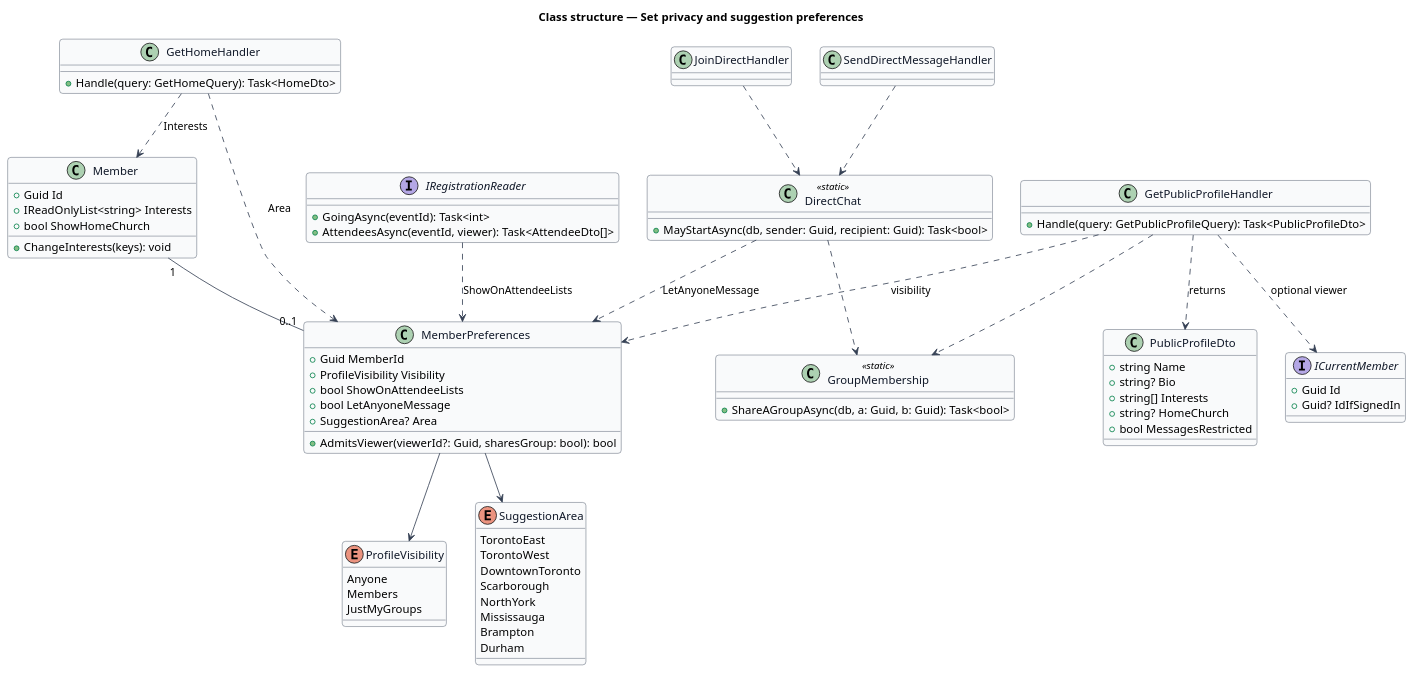
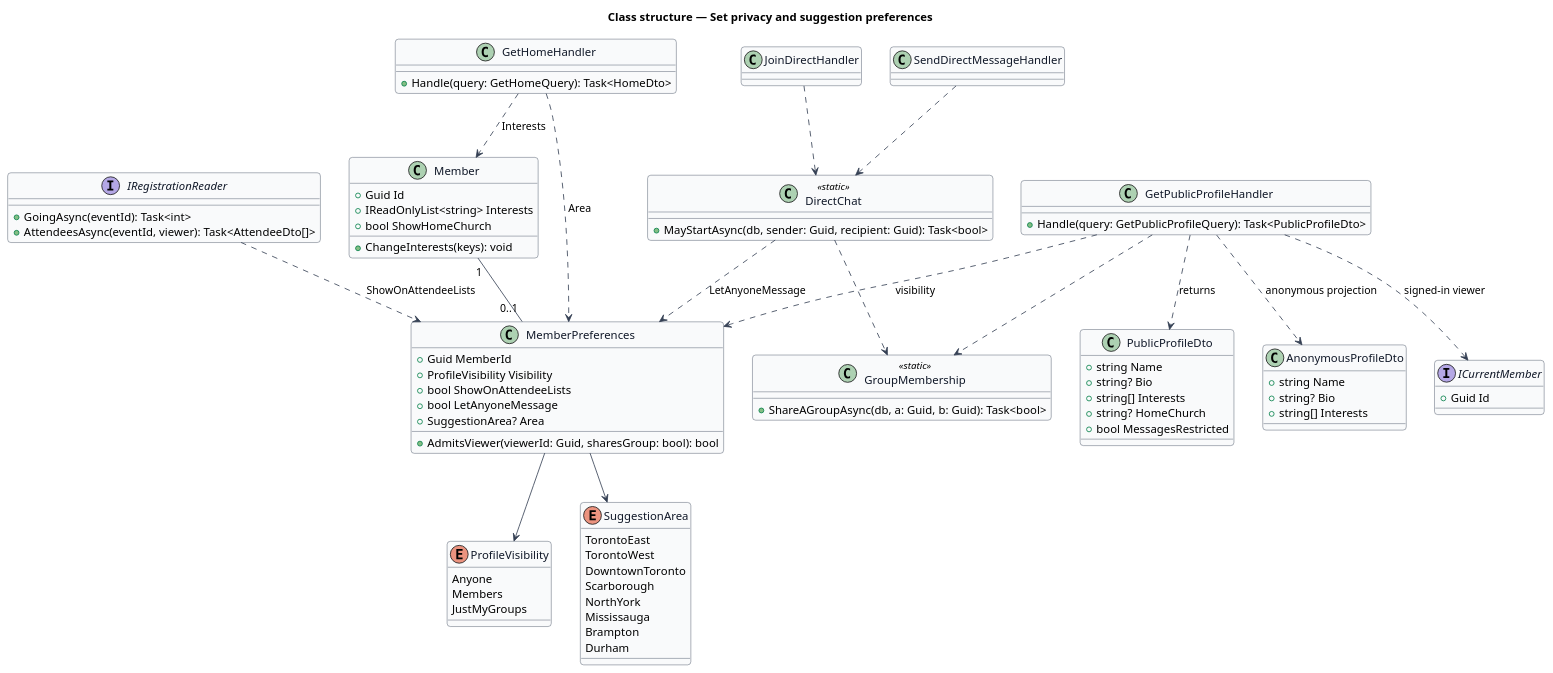
The diagram in docs/detailed-designs/preferences/set-privacy-and-suggestion-preferences/diagrams/class.puml (QuinntyneBrown/christian-fitness), drawn with PlantUML before and after one commit. The commit also changed 45 other files, not shown here.

```diff
--- a/docs/detailed-designs/preferences/set-privacy-and-suggestion-preferences/diagrams/class.puml
+++ b/docs/detailed-designs/preferences/set-privacy-and-suggestion-preferences/diagrams/class.puml
@@ -1,86 +1,91 @@
 @startuml
 skinparam backgroundColor #FFFFFF
 skinparam shadowing false
 skinparam roundcorner 8
 skinparam defaultFontName Arial
 skinparam ArrowColor #344054
 skinparam class {
   BorderColor #344054
   FontColor #101828
   BackgroundColor #F9FAFB
 }
 title Class structure — Set privacy and suggestion preferences
 
 enum ProfileVisibility {
   Anyone
   Members
   JustMyGroups
 }
 enum SuggestionArea {
   TorontoEast
   TorontoWest
   DowntownToronto
   Scarborough
   NorthYork
   Mississauga
   Brampton
   Durham
 }
 class MemberPreferences {
   +Guid MemberId
   +ProfileVisibility Visibility
   +bool ShowOnAttendeeLists
   +bool LetAnyoneMessage
   +SuggestionArea? Area
-  +AdmitsViewer(viewerId?: Guid, sharesGroup: bool): bool
+  +AdmitsViewer(viewerId: Guid, sharesGroup: bool): bool
 }
 class Member {
   +Guid Id
   +IReadOnlyList<string> Interests
   +bool ShowHomeChurch
   +ChangeInterests(keys): void
 }
 class GroupMembership <<static>> {
   +ShareAGroupAsync(db, a: Guid, b: Guid): Task<bool>
 }
 class DirectChat <<static>> {
   +MayStartAsync(db, sender: Guid, recipient: Guid): Task<bool>
 }
 class GetPublicProfileHandler {
   +Handle(query: GetPublicProfileQuery): Task<PublicProfileDto>
 }
 class PublicProfileDto {
   +string Name
   +string? Bio
   +string[] Interests
   +string? HomeChurch
   +bool MessagesRestricted
 }
+class AnonymousProfileDto {
+  +string Name
+  +string? Bio
+  +string[] Interests
+}
 class JoinDirectHandler
 class SendDirectMessageHandler
 interface IRegistrationReader {
   +GoingAsync(eventId): Task<int>
   +AttendeesAsync(eventId, viewer): Task<AttendeeDto[]>
 }
 class GetHomeHandler {
   +Handle(query: GetHomeQuery): Task<HomeDto>
 }
 interface ICurrentMember {
   +Guid Id
-  +Guid? IdIfSignedIn
 }
 MemberPreferences --> ProfileVisibility
 MemberPreferences --> SuggestionArea
 Member "1" -- "0..1" MemberPreferences
 GetPublicProfileHandler ..> MemberPreferences : visibility
 GetPublicProfileHandler ..> GroupMembership
-GetPublicProfileHandler ..> ICurrentMember : optional viewer
+GetPublicProfileHandler ..> ICurrentMember : signed-in viewer
 GetPublicProfileHandler ..> PublicProfileDto : returns
+GetPublicProfileHandler ..> AnonymousProfileDto : anonymous projection
 JoinDirectHandler ..> DirectChat
 SendDirectMessageHandler ..> DirectChat
 DirectChat ..> MemberPreferences : LetAnyoneMessage
 DirectChat ..> GroupMembership
 IRegistrationReader ..> MemberPreferences : ShowOnAttendeeLists
 GetHomeHandler ..> MemberPreferences : Area
 GetHomeHandler ..> Member : Interests
 @enduml
```
